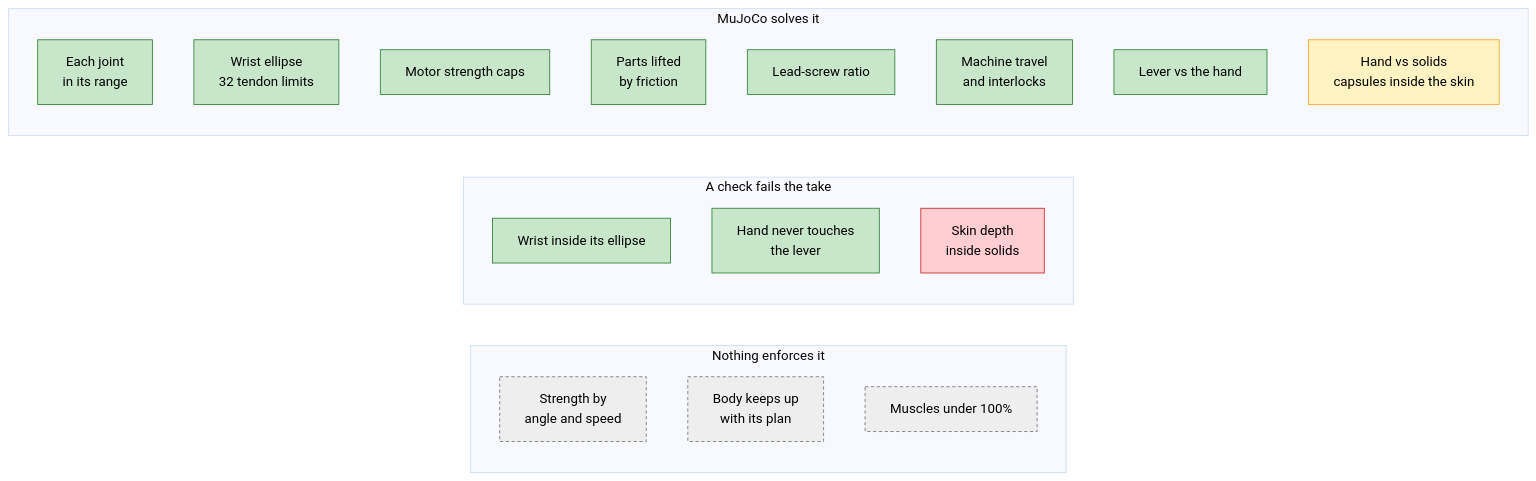
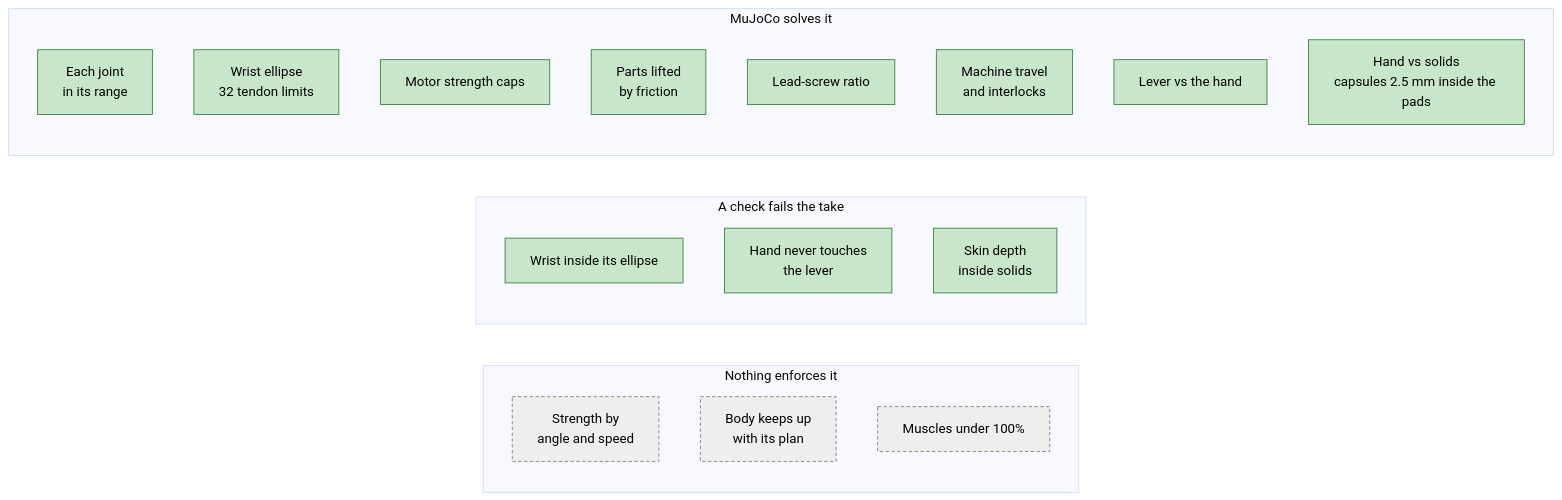
The fourth of 5 diagrams in docs/moonshot/physics.md (debola31/Jigged), drawn with Mermaid (base theme) before and after one commit. The commit also changed other lines of this file and 2 other files, not shown here.

````diff
--- a/docs/moonshot/physics.md
+++ b/docs/moonshot/physics.md
@@ -103,30 +103,30 @@
 ```mermaid
 flowchart LR
     subgraph NO["Nothing enforces it"]
         direction TB
         SA["Strength by<br/>angle and speed"]:::gap
         LG["Body keeps up<br/>with its plan"]:::gap
         MU["Muscles under 100%"]:::gap
     end
     subgraph CK["A check fails the take"]
         direction TB
         WC["Wrist inside its ellipse"]:::ok
         NH["Hand never touches<br/>the lever"]:::ok
-        SD["Skin depth<br/>inside solids"]:::bad
+        SD["Skin depth<br/>inside solids"]:::ok
     end
     subgraph MJ["MuJoCo solves it"]
         direction TB
         J["Each joint<br/>in its range"]:::ok
         WE["Wrist ellipse<br/>32 tendon limits"]:::ok
         F["Motor strength caps"]:::ok
         FR["Parts lifted<br/>by friction"]:::ok
         SC["Lead-screw ratio"]:::ok
         VF["Machine travel<br/>and interlocks"]:::ok
         LV["Lever vs the hand"]:::ok
-        HS["Hand vs solids<br/>capsules inside the skin"]:::part
+        HS["Hand vs solids<br/>capsules 2.5 mm inside the pads"]:::ok
     end
     classDef ok fill:#c8e6c9,stroke:#2e7d32,color:#000
     classDef part fill:#fff3c4,stroke:#f9a825,color:#000
     classDef bad fill:#ffcdd2,stroke:#c62828,color:#000
     classDef gap fill:#eeeeee,stroke:#757575,color:#000,stroke-dasharray:4 3
 ```
````
